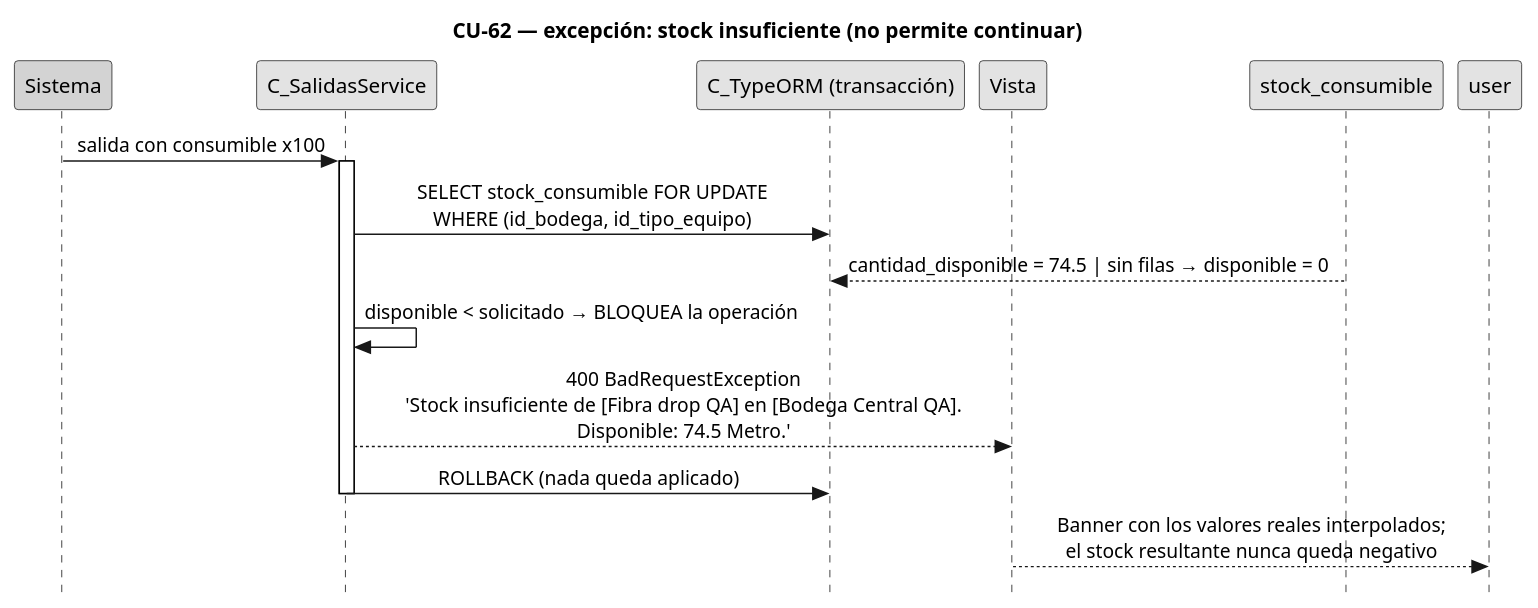
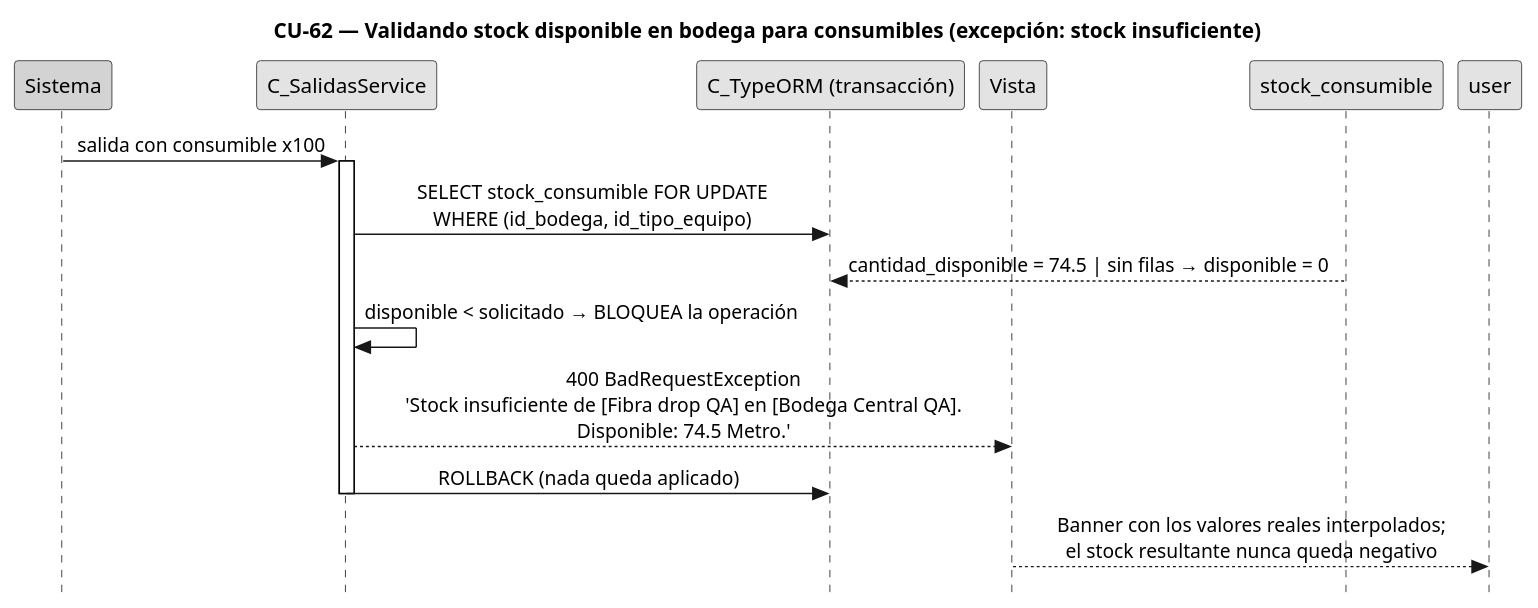
One commit to FSM-Finet-y-Cable-Magico/Team_1-Inventario-y-Bodega changed the diagram in diagramas/diagramas-secuencia/CU62/CU62-exc-stock-insuficiente.puml. Above: the diagram before and after it, drawn with PlantUML. The commit also changed 23 other files, not shown here.

Commit message:
docs(diagramas): agrega el nombre oficial del CU a los títulos de CU-52/54/55/56/58/59/60/62/78/84 (formato incremento 1) y re-render

```diff
--- a/diagramas/diagramas-secuencia/CU62/CU62-exc-stock-insuficiente.puml
+++ b/diagramas/diagramas-secuencia/CU62/CU62-exc-stock-insuficiente.puml
@@ -1,38 +1,38 @@
 @startuml CU62-exc-stock-insuficiente
-title CU-62 — excepción: stock insuficiente (no permite continuar)
+title CU-62 — Validando stock disponible en bodega para consumibles (excepción: stock insuficiente)
 skinparam style strictuml
 skinparam monochrome true
 skinparam shadowing false
 skinparam sequenceMessageAlign center
 <style>
 sequenceDiagram {
   participant {
     margin 30
   }
   actor {
     margin 12
   }
 }
 </style>
 skinparam sequence {
   MessageAlign center
   LifeLineBorderColor black
 }
 hide footbox
 
 participant "Sistema" as sys #lightgrey
 participant "C_SalidasService" as svc
 participant "C_TypeORM (transacción)" as orm
 participant "Vista" as view
 participant "stock_consumible" as stock
 
 sys -> svc : salida con consumible x100
 activate svc
 svc -> orm : SELECT stock_consumible FOR UPDATE\nWHERE (id_bodega, id_tipo_equipo)
 stock --> orm : cantidad_disponible = 74.5 | sin filas → disponible = 0
 svc -> svc : disponible < solicitado → BLOQUEA la operación
 svc --> view : 400 BadRequestException\n'Stock insuficiente de [Fibra drop QA] en [Bodega Central QA].\nDisponible: 74.5 Metro.'
 svc -> orm : ROLLBACK (nada queda aplicado)
 deactivate svc
 view --> user : Banner con los valores reales interpolados;\nel stock resultante nunca queda negativo
 @enduml
```
